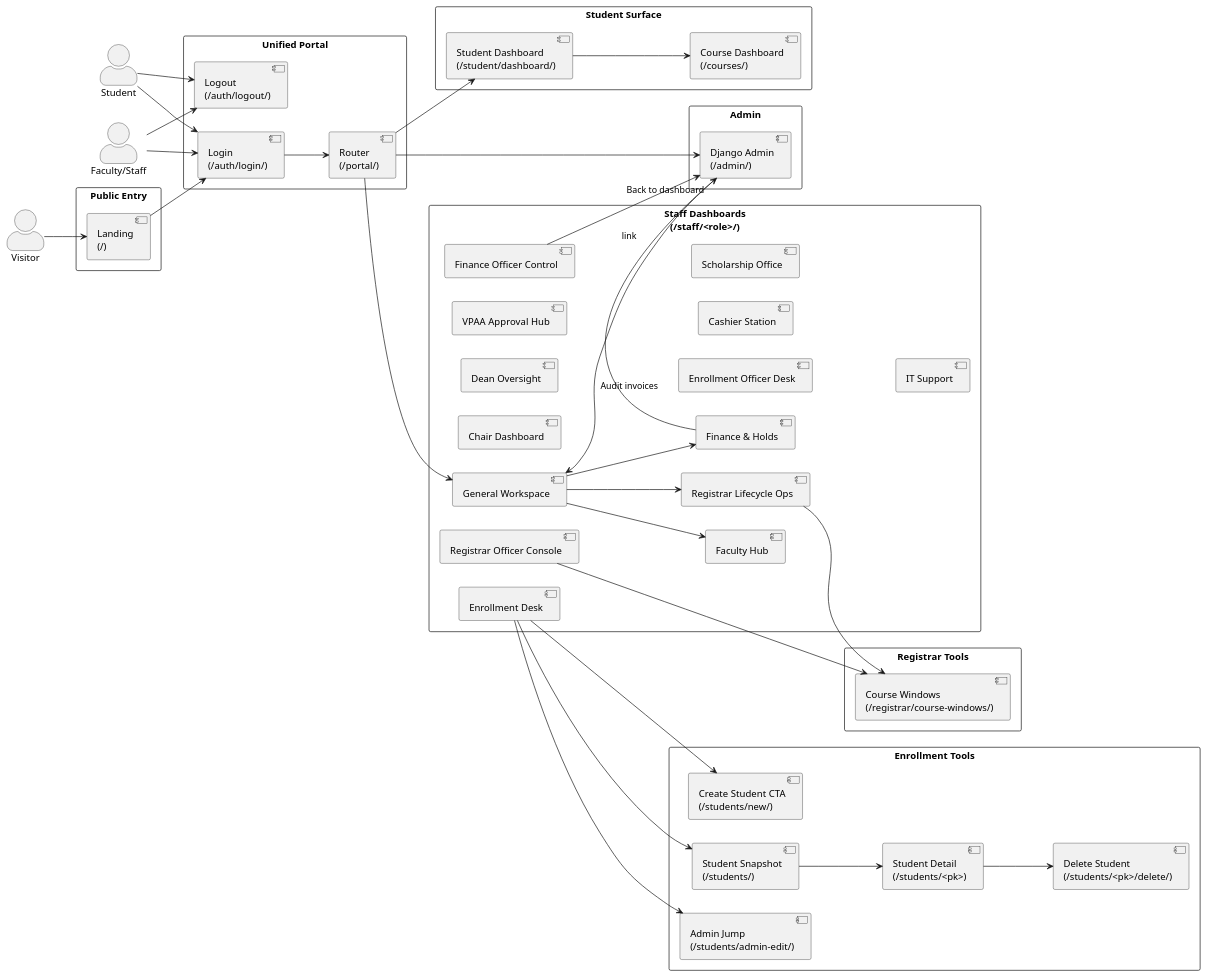
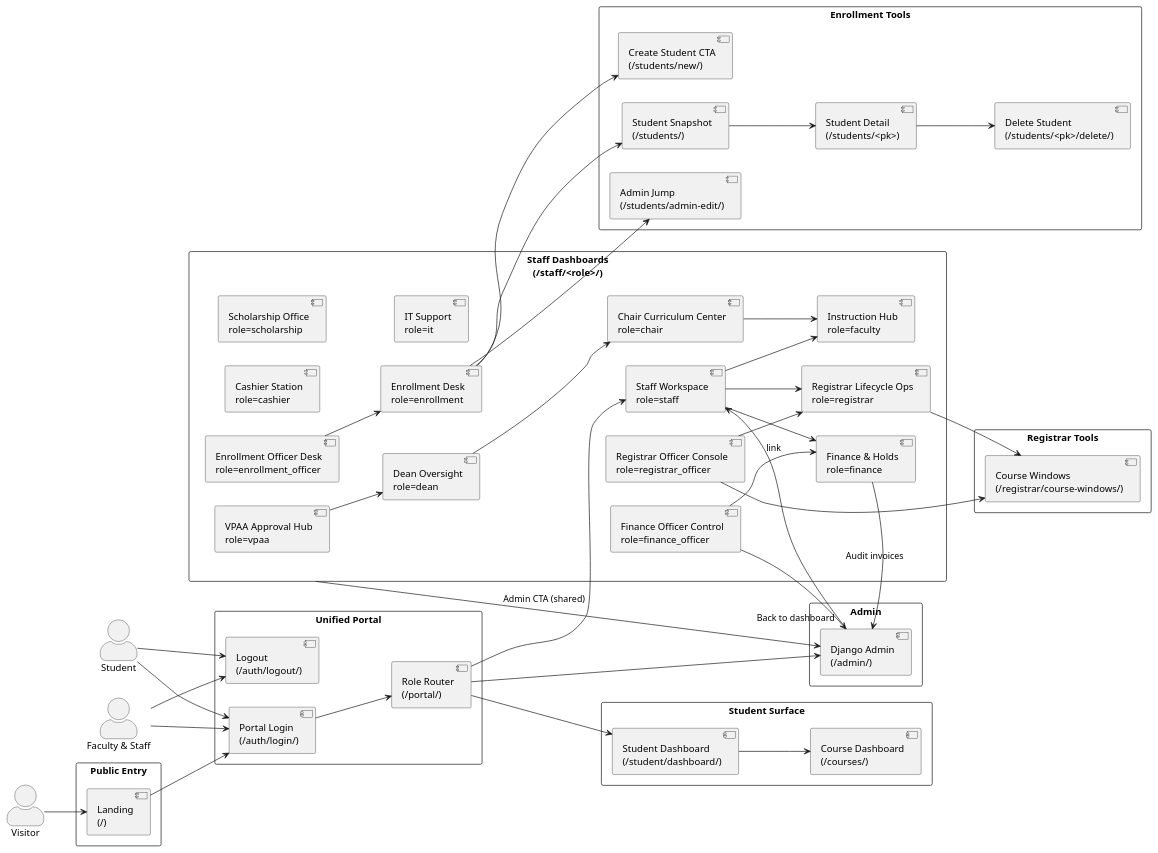
Before and after one commit to maliky/tuth: the first of 3 diagrams in journal.org, drawn with PlantUML. The commit also changed other lines of this file and 11 other files, not shown here.

```diff
--- a/journal.org
+++ b/journal.org
@@ -47,19 +47,19 @@
- #+BEGIN_SRC plantuml :results file link :file Docs/view_routing_map2.png
+ #+BEGIN_SRC plantuml :results file link :file Docs/view_routing_map3.png
 @startuml
 skinparam actorStyle awesome
 left to right direction
 
 actor Visitor
 actor Student
-actor "Faculty/Staff" as Staff
+actor "Faculty & Staff" as Staff
 
 rectangle "Public Entry" {
   [Landing\n(/)] as Landing
 }
 
 rectangle "Unified Portal" {
-  [Login\n(/auth/login/)] as Login
-  [Router\n(/portal/)] as Router
+  [Portal Login\n(/auth/login/)] as Login
+  [Role Router\n(/portal/)] as Router
   [Logout\n(/auth/logout/)] as Logout
 }
 
@@ -68,21 +68,21 @@
   [Course Dashboard\n(/courses/)] as Courses
 }
 
-rectangle "Staff Dashboards\n(/staff/<role>/)" {
-  [General Workspace] as StaffGeneral
-  [Faculty Hub] as StaffFaculty
-  [Chair Dashboard] as StaffChair
-  [Dean Oversight] as StaffDean
-  [VPAA Approval Hub] as StaffVPAA
-  [Registrar Lifecycle Ops] as StaffRegistrar
-  [Registrar Officer Console] as StaffRegistrarOfficer
-  [Enrollment Desk] as StaffEnroll
-  [Enrollment Officer Desk] as StaffEnrollOfficer
-  [Finance & Holds] as StaffFinance
-  [Finance Officer Control] as StaffFinanceOfficer
-  [Cashier Station] as StaffCashier
-  [Scholarship Office] as StaffScholarship
-  [IT Support] as StaffIT
+rectangle "Staff Dashboards\n(/staff/<role>/)" as StaffDashboards {
+  [VPAA Approval Hub\nrole=vpaa] as StaffVPAA
+  [Dean Oversight\nrole=dean] as StaffDean
+  [Chair Curriculum Center\nrole=chair] as StaffChair
+  [Instruction Hub\nrole=faculty] as StaffFaculty
+  [Registrar Officer Console\nrole=registrar_officer] as StaffRegistrarOfficer
+  [Registrar Lifecycle Ops\nrole=registrar] as StaffRegistrar
+  [Enrollment Officer Desk\nrole=enrollment_officer] as StaffEnrollOfficer
+  [Enrollment Desk\nrole=enrollment] as StaffEnroll
+  [Finance Officer Control\nrole=finance_officer] as StaffFinanceOfficer
+  [Finance & Holds\nrole=finance] as StaffFinance
+  [Cashier Station\nrole=cashier] as StaffCashier
+  [Scholarship Office\nrole=scholarship] as StaffScholarship
+  [IT Support\nrole=it] as StaffIT
+  [Staff Workspace\nrole=staff] as StaffGeneral
 }
 
 rectangle "Enrollment Tools" {
@@ -112,9 +112,18 @@
 Router --> AdminPage
 
 StuDash --> Courses
+
 StaffGeneral --> StaffFaculty
 StaffGeneral --> StaffRegistrar
 StaffGeneral --> StaffFinance
+
+StaffVPAA --> StaffDean
+StaffDean --> StaffChair
+StaffChair --> StaffFaculty
+
+StaffRegistrarOfficer --> StaffRegistrar
+StaffEnrollOfficer --> StaffEnroll
+StaffFinanceOfficer --> StaffFinance
 
 StaffRegistrar --> RegWin
 StaffRegistrarOfficer --> RegWin
@@ -124,6 +133,7 @@
 StuList --> StuDetail
 StuDetail --> StuDelete
 
+StaffDashboards --> AdminPage : Admin CTA (shared)
 StaffFinance --> AdminPage : Audit invoices
 StaffFinanceOfficer --> AdminPage
 AdminPage --> StaffGeneral : “Back to dashboard” link
```
